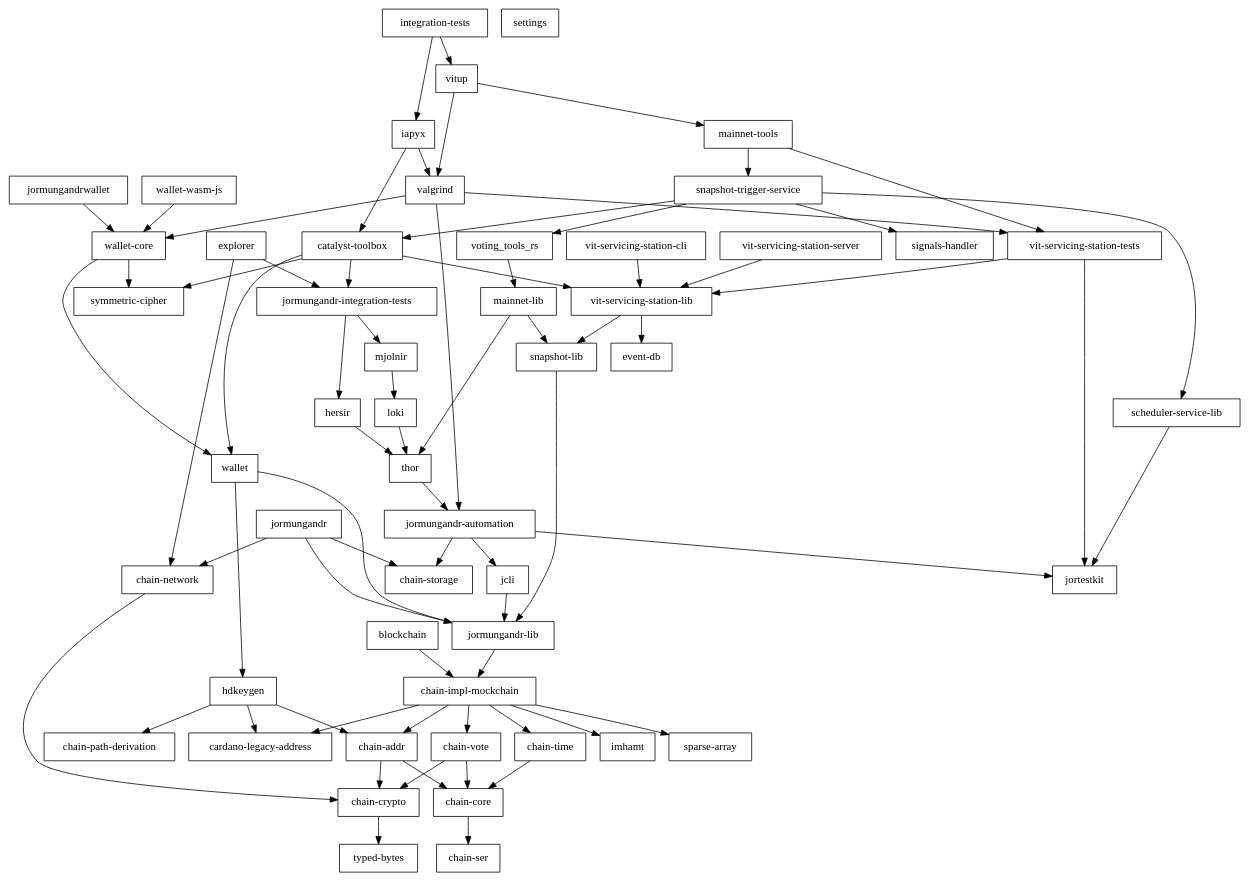
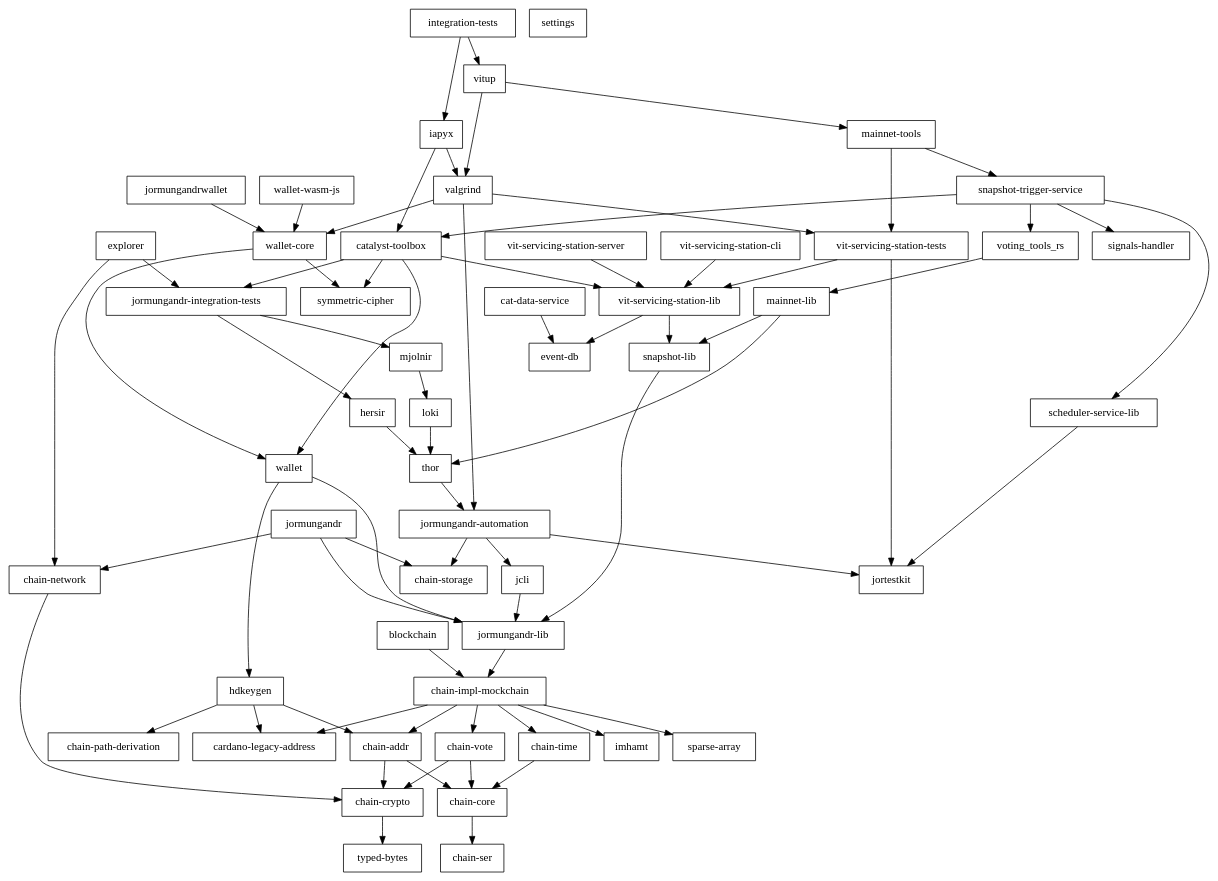
The diagram in feature/voting-node-wallets-registrations-n-power/06_rust_api/rust/doc/workspace.depgraph.dot (input-output-hk/catalyst-core), drawn with Graphviz before and after one commit. The commit also changed 1324 other files, not shown here.

```diff
--- a/feature/voting-node-wallets-registrations-n-power/06_rust_api/rust/doc/workspace.depgraph.dot
+++ b/feature/voting-node-wallets-registrations-n-power/06_rust_api/rust/doc/workspace.depgraph.dot
@@ -1,122 +1,124 @@
 digraph {
     0 [ label = "catalyst-toolbox" shape = box]
     1 [ label = "chain-addr" shape = box]
     2 [ label = "chain-core" shape = box]
     3 [ label = "chain-ser" shape = box]
     4 [ label = "chain-crypto" shape = box]
     5 [ label = "typed-bytes" shape = box]
     6 [ label = "chain-impl-mockchain" shape = box]
     7 [ label = "cardano-legacy-address" shape = box]
     8 [ label = "chain-time" shape = box]
     9 [ label = "chain-vote" shape = box]
     10 [ label = "imhamt" shape = box]
     11 [ label = "sparse-array" shape = box]
     12 [ label = "chain-storage" shape = box]
     13 [ label = "jcli" shape = box]
     14 [ label = "jormungandr-lib" shape = box]
     15 [ label = "jormungandr-automation" shape = box]
     16 [ label = "jortestkit" shape = box]
     17 [ label = "jormungandr-integration-tests" shape = box]
     18 [ label = "hersir" shape = box]
     19 [ label = "thor" shape = box]
     20 [ label = "loki" shape = box]
     21 [ label = "mjolnir" shape = box]
     22 [ label = "snapshot-lib" shape = box]
     23 [ label = "symmetric-cipher" shape = box]
     24 [ label = "vit-servicing-station-lib" shape = box]
     25 [ label = "event-db" shape = box]
     26 [ label = "vit-servicing-station-tests" shape = box]
     27 [ label = "wallet" shape = box]
     28 [ label = "chain-path-derivation" shape = box]
     29 [ label = "hdkeygen" shape = box]
     30 [ label = "chain-network" shape = box]
     31 [ label = "jormungandrwallet" shape = box]
     32 [ label = "wallet-core" shape = box]
     33 [ label = "wallet-wasm-js" shape = box]
     34 [ label = "jormungandr" shape = box]
     35 [ label = "explorer" shape = box]
     36 [ label = "settings" shape = box]
     37 [ label = "blockchain" shape = box]
     38 [ label = "vit-servicing-station-cli" shape = box]
     39 [ label = "vit-servicing-station-server" shape = box]
     40 [ label = "iapyx" shape = box]
     41 [ label = "valgrind" shape = box]
     42 [ label = "vitup" shape = box]
     43 [ label = "mainnet-lib" shape = box]
     44 [ label = "mainnet-tools" shape = box]
     45 [ label = "scheduler-service-lib" shape = box]
     46 [ label = "signals-handler" shape = box]
     47 [ label = "snapshot-trigger-service" shape = box]
     48 [ label = "voting_tools_rs" shape = box]
     49 [ label = "integration-tests" shape = box]
+    50 [ label = "cat-data-service" shape = box]
     0 -> 17 [ ]
     0 -> 23 [ ]
     0 -> 24 [ ]
     0 -> 27 [ ]
     1 -> 2 [ ]
     1 -> 4 [ ]
     2 -> 3 [ ]
     4 -> 5 [ ]
     6 -> 7 [ ]
     6 -> 1 [ ]
     6 -> 8 [ ]
     6 -> 9 [ ]
     6 -> 10 [ ]
     6 -> 11 [ ]
     8 -> 2 [ ]
     9 -> 2 [ ]
     9 -> 4 [ ]
     13 -> 14 [ ]
     14 -> 6 [ ]
     15 -> 12 [ ]
     15 -> 13 [ ]
     15 -> 16 [ ]
     17 -> 18 [ ]
     17 -> 21 [ ]
     18 -> 19 [ ]
     19 -> 15 [ ]
     20 -> 19 [ ]
     21 -> 20 [ ]
     22 -> 14 [ ]
     24 -> 25 [ ]
     24 -> 22 [ ]
     26 -> 16 [ ]
     26 -> 24 [ ]
     27 -> 29 [ ]
     27 -> 14 [ ]
     29 -> 7 [ ]
     29 -> 1 [ ]
     29 -> 28 [ ]
     30 -> 4 [ ]
     31 -> 32 [ ]
     32 -> 23 [ ]
     32 -> 27 [ ]
     33 -> 32 [ ]
     34 -> 30 [ ]
     34 -> 12 [ ]
     34 -> 14 [ ]
     35 -> 30 [ ]
     35 -> 17 [ ]
     37 -> 6 [ ]
     38 -> 24 [ ]
     39 -> 24 [ ]
     40 -> 0 [ ]
     40 -> 41 [ ]
     41 -> 15 [ ]
     41 -> 26 [ ]
     41 -> 32 [ ]
     42 -> 44 [ ]
     42 -> 41 [ ]
     43 -> 22 [ ]
     43 -> 19 [ ]
     44 -> 47 [ ]
     44 -> 26 [ ]
     45 -> 16 [ ]
     47 -> 0 [ ]
     47 -> 45 [ ]
     47 -> 46 [ ]
     47 -> 48 [ ]
     48 -> 43 [ ]
     49 -> 40 [ ]
     49 -> 42 [ ]
+    50 -> 25 [ ]
 }
```
